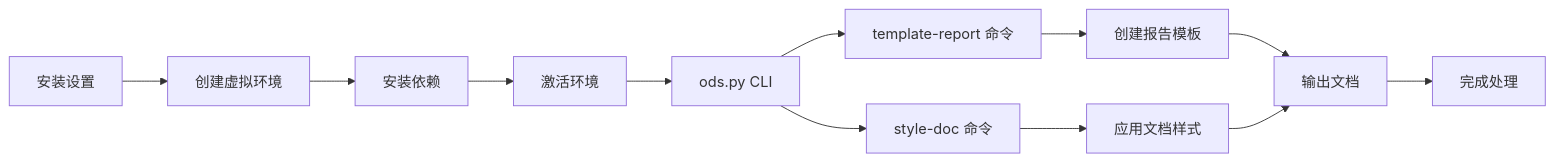
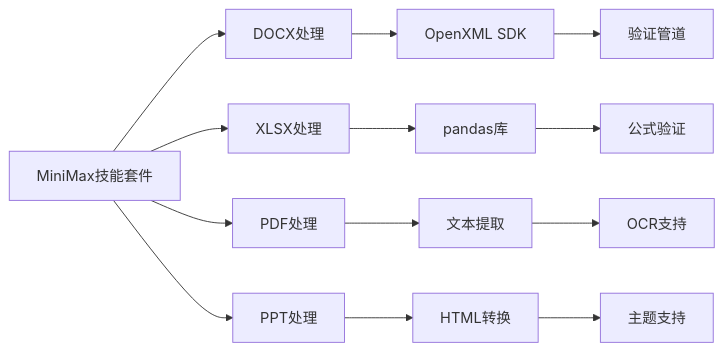
Before and after one commit to verse-ai-org/openclaw: the fourth of 7 diagrams in .qoder/repowiki/zh/content/技能平台/内置技能/Office 文档专家套件.md, drawn with Mermaid. The commit also changed other lines of this file and 48 other files, not shown here.

````diff
--- a/.qoder/repowiki/zh/content/技能平台/内置技能/Office 文档专家套件.md
+++ b/.qoder/repowiki/zh/content/技能平台/内置技能/Office 文档专家套件.md
@@ -344,14 +237,15 @@
 ```mermaid
 flowchart LR
-Init[安装设置] --> VirtualEnv[创建虚拟环境]
-VirtualEnv --> InstallDeps[安装依赖]
-InstallDeps --> Activate[激活环境]
-Activate --> CLI[ods.py CLI]
-CLI --> TemplateCmd[template-report 命令]
-CLI --> StyleCmd[style-doc 命令]
-TemplateCmd --> CreateTemplate[创建报告模板]
-StyleCmd --> ApplyStyles[应用文档样式]
-CreateTemplate --> Output[输出文档]
-ApplyStyles --> Output
-Output --> Complete[完成处理]
+MiniMax[MiniMax技能套件] --> DOCX[DOCX处理]
+MiniMax --> XLSX[XLSX处理]
+MiniMax --> PDF[PDF处理]
+MiniMax --> PPT[PPT处理]
+DOCX --> OpenXML[OpenXML SDK]
+XLSX --> Pandas[pandas库]
+PDF --> TextExtraction[文本提取]
+PPT --> HTMLConversion[HTML转换]
+OpenXML --> Validation[验证管道]
+Pandas --> FormulaValidation[公式验证]
+TextExtraction --> OCRSupport[OCR支持]
+HTMLConversion --> ThemeSupport[主题支持]
 ```
````
